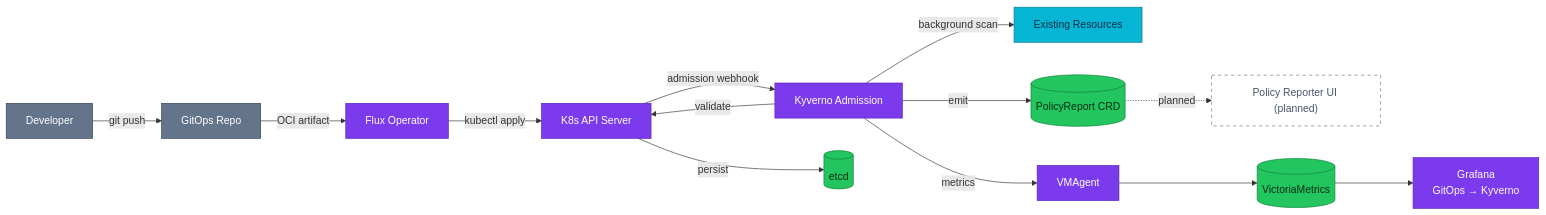
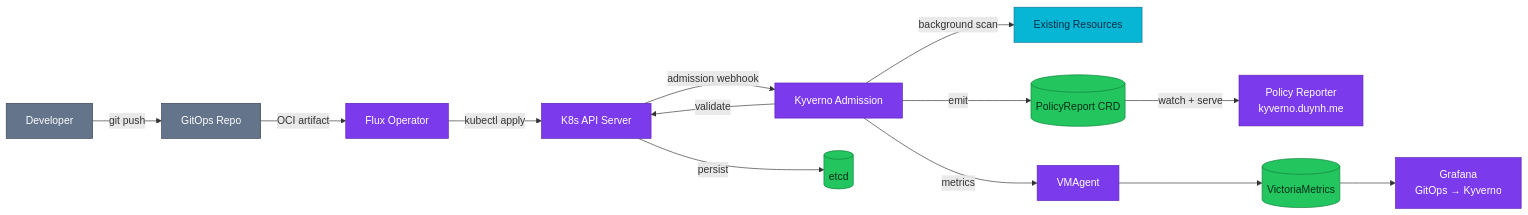
One commit to duynhlab/homelab changed the first of 2 diagrams in docs/platform/kyverno.md. Above: the diagram before and after it, drawn with Mermaid. The commit also changed other lines of this file and 2 other files, not shown here.

First line of the commit message:
Make kyverno.md name the policies it governs

````diff
--- a/docs/platform/kyverno.md
+++ b/docs/platform/kyverno.md
@@ -47,27 +63,25 @@
 ```mermaid
 flowchart LR
     Dev["Developer"] -->|"git push"| Repo["GitOps Repo"]
     Repo -->|"OCI artifact"| Flux["Flux Operator"]
     Flux -->|"kubectl apply"| API["K8s API Server"]
     API -->|"admission webhook"| Kyverno["Kyverno Admission"]
     Kyverno -->|"validate"| API
     API -->|"persist"| Etcd[("etcd")]
     Kyverno -->|"background scan"| Existing["Existing Resources"]
     Kyverno -->|"emit"| PR[("PolicyReport CRD")]
-    PR -.->|"planned"| Reporter["Policy Reporter UI (planned)"]
+    PR -->|"watch + serve"| Reporter["Policy Reporter<br/>kyverno.duynh.me"]
     Kyverno -->|"metrics"| VMAgent["VMAgent"]
     VMAgent --> VMSingle[("VictoriaMetrics")]
     VMSingle --> Grafana["Grafana<br/>GitOps → Kyverno"]
 
     classDef service fill:#06b6d4,color:#082f49,stroke:#0e7490;
     classDef platform fill:#7c3aed,color:#fff,stroke:#5b21b6;
     classDef data fill:#22c55e,color:#052e16,stroke:#15803d;
     classDef external fill:#64748b,color:#fff,stroke:#334155;
-    classDef planned fill:#fff,color:#475569,stroke:#64748b,stroke-dasharray:5 5;
 
     class Dev,Repo external;
-    class Flux,API,Kyverno,VMAgent,Grafana platform;
+    class Flux,API,Kyverno,VMAgent,Grafana,Reporter platform;
     class Etcd,PR,VMSingle data;
     class Existing service;
-    class Reporter planned;
 ```
````
